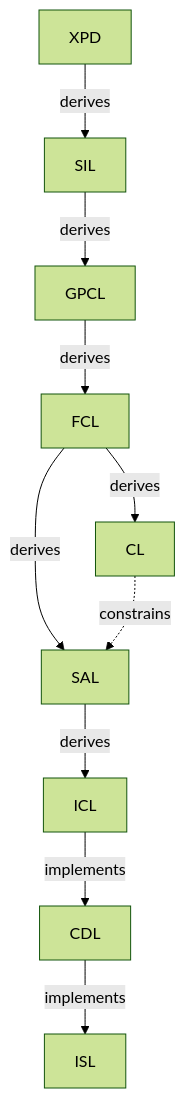
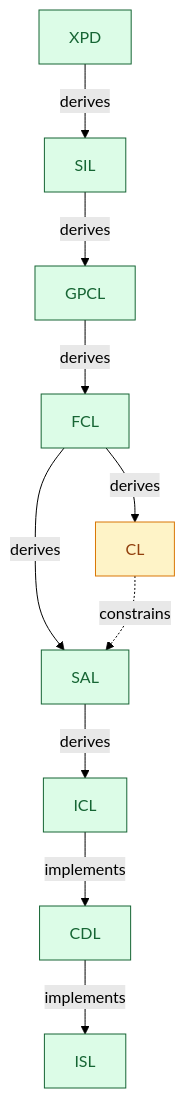
Before and after one commit to formosa/Antigravity: the sixth of 28 diagrams in .agent/assets/proposals/active/v6.3/ddr_ref_manual_v6.3.md, drawn with Mermaid (forest theme). The commit also changed other lines of this file, not shown here.

````diff
--- a/.agent/assets/proposals/active/v6.3/ddr_ref_manual_v6.3.md
+++ b/.agent/assets/proposals/active/v6.3/ddr_ref_manual_v6.3.md
@@ -145,22 +324,28 @@
 ```mermaid
 flowchart TD
     XPD["XPD"]
     SIL["SIL"]
     GPCL["GPCL"]
     FCL["FCL"]
     CL["CL"]
     SAL["SAL"]
     ICL["ICL"]
     CDL["CDL"]
     ISL["ISL"]
 
     XPD -->|derives| SIL
     SIL -->|derives| GPCL
     GPCL -->|derives| FCL
     FCL -->|derives| SAL
     FCL -->|derives| CL
     CL -.->|constrains| SAL
     SAL -->|derives| ICL
     ICL -->|implements| CDL
     CDL -->|implements| ISL
+
+    classDef normative fill:#dcfce7,stroke:#166534,color:#166534;
+    classDef schema fill:#dbeafe,stroke:#1d4ed8,color:#1d4ed8;
+    classDef caution fill:#fef3c7,stroke:#d97706,color:#92400e;
+    class XPD,SIL,GPCL,FCL,SAL,ICL,CDL,ISL normative;
+    class CL caution;
 ```
````
